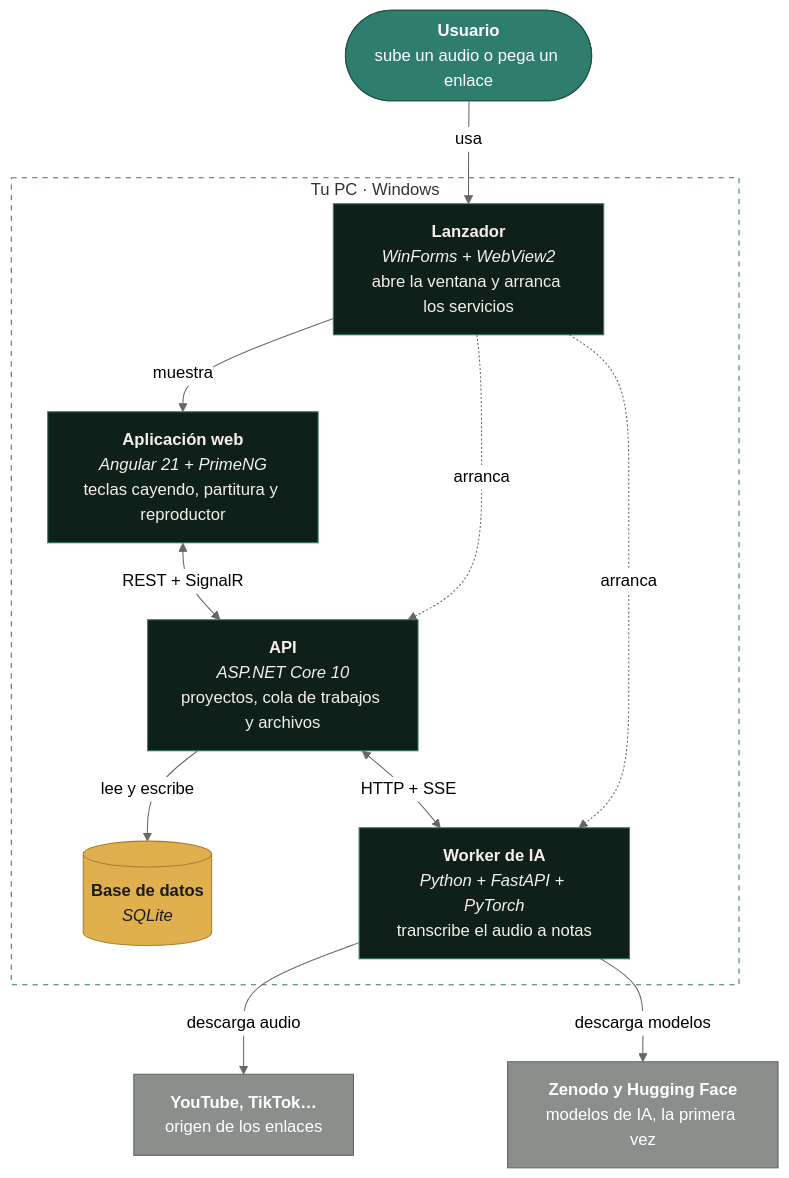
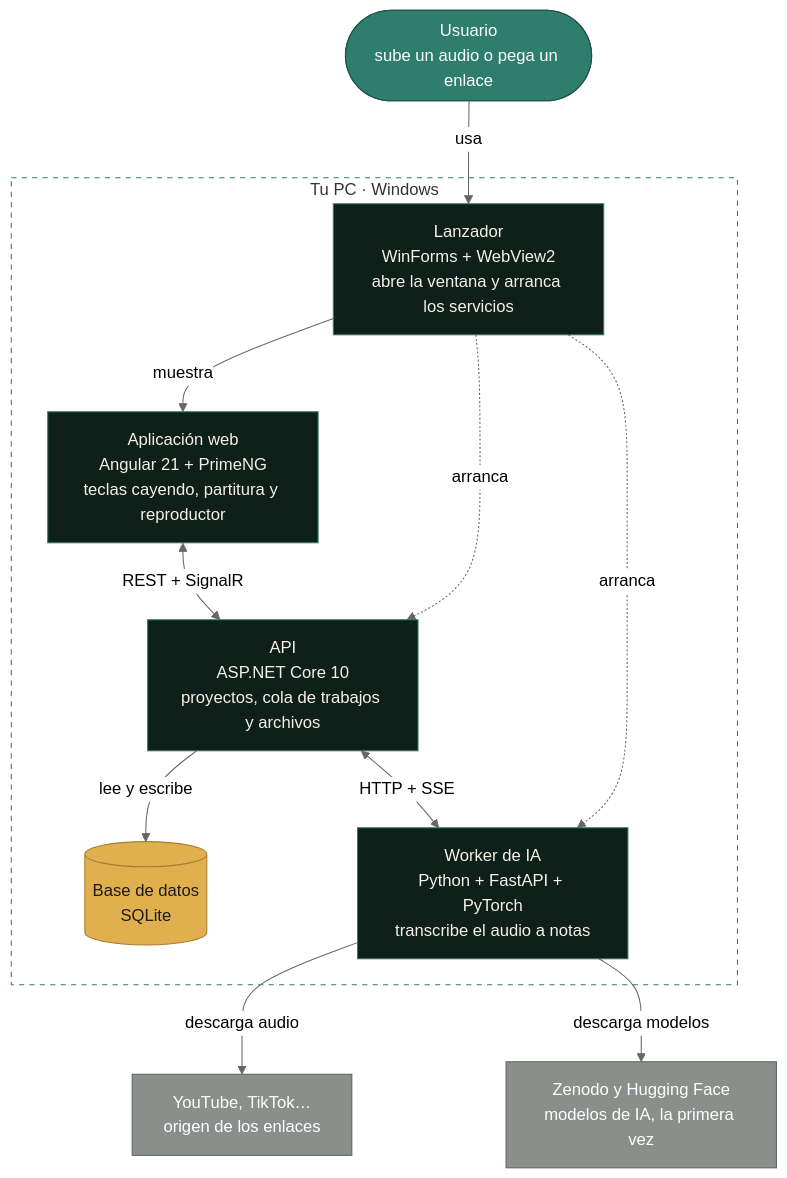
The first of 2 diagrams in README.md (J-Roque/Klavyra), drawn with Mermaid (neutral theme) before and after one commit. The commit also changed other lines of this file, not shown here.

Commit message:
README: diagramas sin etiquetas HTML para que se vean bien en cualquier visor

````diff
--- a/README.md
+++ b/README.md
@@ -50,35 +50,35 @@
 ```mermaid
 flowchart TB
-    user(["<b>Usuario</b><br/>sube un audio o pega un enlace"])
+    user(["Usuario<br/>sube un audio o pega un enlace"])
 
     subgraph pc["Tu PC · Windows"]
-        desktop["<b>Lanzador</b><br/><i>WinForms + WebView2</i><br/>abre la ventana y arranca los servicios"]
-        web["<b>Aplicación web</b><br/><i>Angular 21 + PrimeNG</i><br/>teclas cayendo, partitura y reproductor"]
-        api["<b>API</b><br/><i>ASP.NET Core 10</i><br/>proyectos, cola de trabajos y archivos"]
-        db[("<b>Base de datos</b><br/><i>SQLite</i>")]
-        worker["<b>Worker de IA</b><br/><i>Python + FastAPI + PyTorch</i><br/>transcribe el audio a notas"]
+        desktop["Lanzador<br/>WinForms + WebView2<br/>abre la ventana y arranca los servicios"]
+        web["Aplicación web<br/>Angular 21 + PrimeNG<br/>teclas cayendo, partitura y reproductor"]
+        api["API<br/>ASP.NET Core 10<br/>proyectos, cola de trabajos y archivos"]
+        db[("Base de datos<br/>SQLite")]
+        worker["Worker de IA<br/>Python + FastAPI + PyTorch<br/>transcribe el audio a notas"]
     end
 
-    sites["<b>YouTube, TikTok…</b><br/>origen de los enlaces"]
-    models["<b>Zenodo y Hugging Face</b><br/>modelos de IA, la primera vez"]
+    sites["YouTube, TikTok…<br/>origen de los enlaces"]
+    models["Zenodo y Hugging Face<br/>modelos de IA, la primera vez"]
 
     user -->|usa| desktop
     desktop -->|muestra| web
     desktop -.->|arranca| api
     desktop -.->|arranca| worker
     web <-->|"REST + SignalR"| api
     api -->|"lee y escribe"| db
     api <-->|"HTTP + SSE"| worker
     worker -->|descarga audio| sites
     worker -->|descarga modelos| models
 
     classDef person fill:#2f7d6d,stroke:#1d5247,color:#ffffff
     classDef app fill:#0f1f1a,stroke:#2f7d6d,color:#f5f1e8
     classDef store fill:#e0b04f,stroke:#a77d2c,color:#1b1b1b
     classDef ext fill:#8a8f8c,stroke:#5f6461,color:#ffffff
     class user person
     class desktop,web,api,worker app
     class db store
     class sites,models ext
     style pc fill:transparent,stroke:#2f7d6d,stroke-dasharray:5 5
 ```
````
